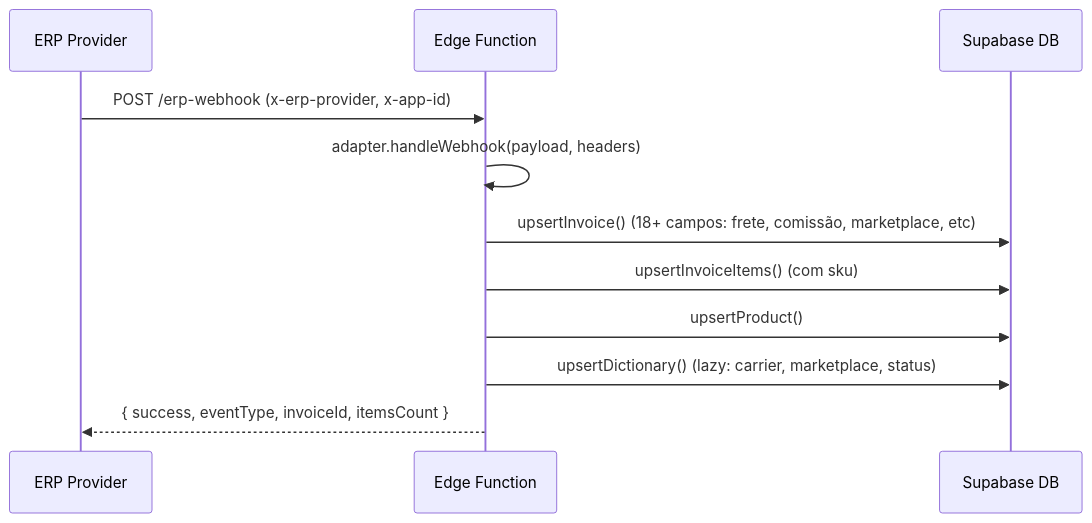
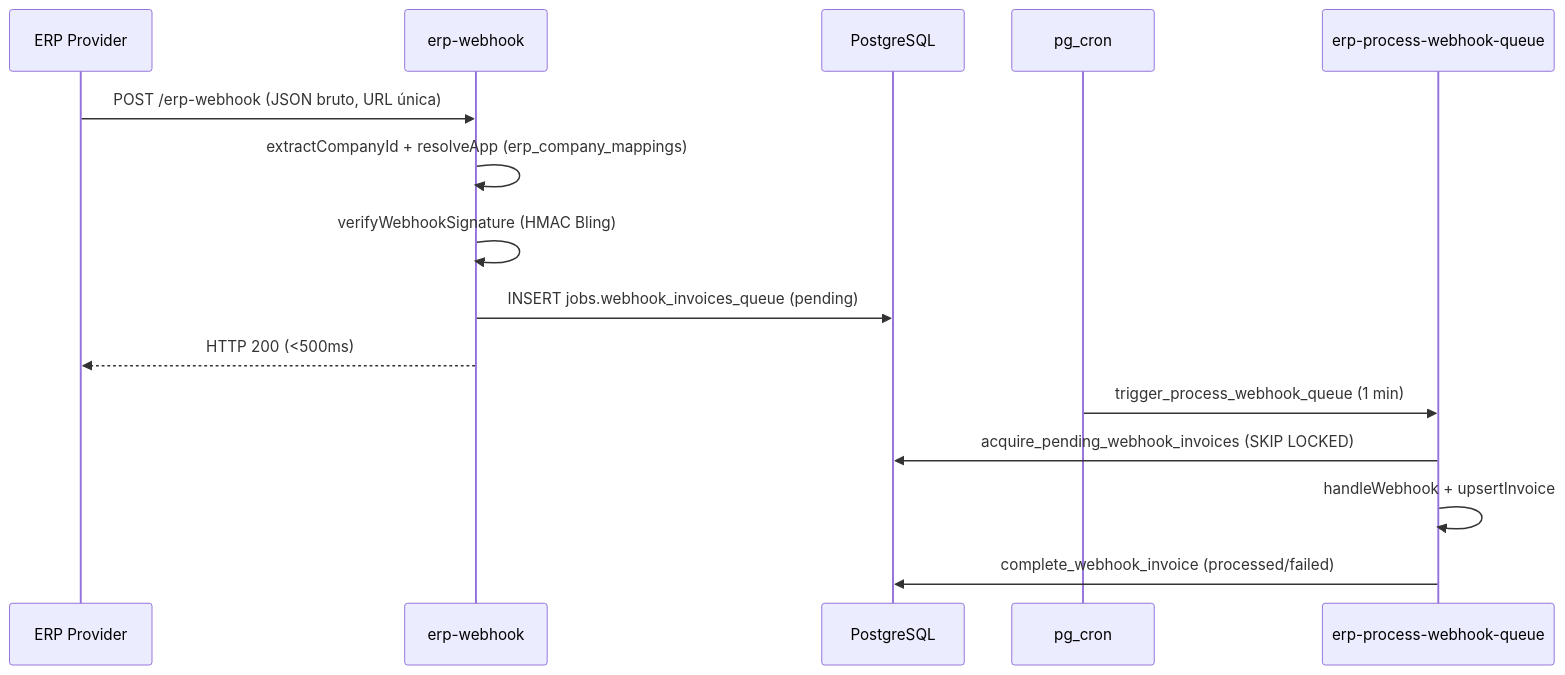
The second of 3 diagrams in docs/prds/08-fluxos-erp.md (Jonathanpitanga-yav/carteira-clientes-agency), drawn with Mermaid before and after one commit. The commit also changed other lines of this file and 73 other files, not shown here.

````diff
--- a/docs/prds/08-fluxos-erp.md
+++ b/docs/prds/08-fluxos-erp.md
@@ -60,14 +60,19 @@
 ```mermaid
 sequenceDiagram
   participant ERP as ERP Provider
-  participant EF as Edge Function
-  participant DB as Supabase DB
+  participant Ingest as erp-webhook
+  participant DB as PostgreSQL
+  participant Cron as pg_cron
+  participant Worker as erp-process-webhook-queue
 
-  ERP->>EF: POST /erp-webhook (x-erp-provider, x-app-id)
-  EF->>EF: adapter.handleWebhook(payload, headers)
-  EF->>DB: upsertInvoice() (18+ campos: frete, comissão, marketplace, etc)
-  EF->>DB: upsertInvoiceItems() (com sku)
-  EF->>DB: upsertProduct()
-  EF->>DB: upsertDictionary() (lazy: carrier, marketplace, status)
-  EF-->>ERP: { success, eventType, invoiceId, itemsCount }
+  ERP->>Ingest: POST /erp-webhook (JSON bruto, URL única)
+  Ingest->>Ingest: extractCompanyId + resolveApp (erp_company_mappings)
+  Ingest->>Ingest: verifyWebhookSignature (HMAC Bling)
+  Ingest->>DB: INSERT jobs.webhook_invoices_queue (pending)
+  Ingest-->>ERP: HTTP 200 (<500ms)
+
+  Cron->>Worker: trigger_process_webhook_queue (1 min)
+  Worker->>DB: acquire_pending_webhook_invoices (SKIP LOCKED)
+  Worker->>Worker: handleWebhook + upsertInvoice
+  Worker->>DB: complete_webhook_invoice (processed/failed)
 ```
````
